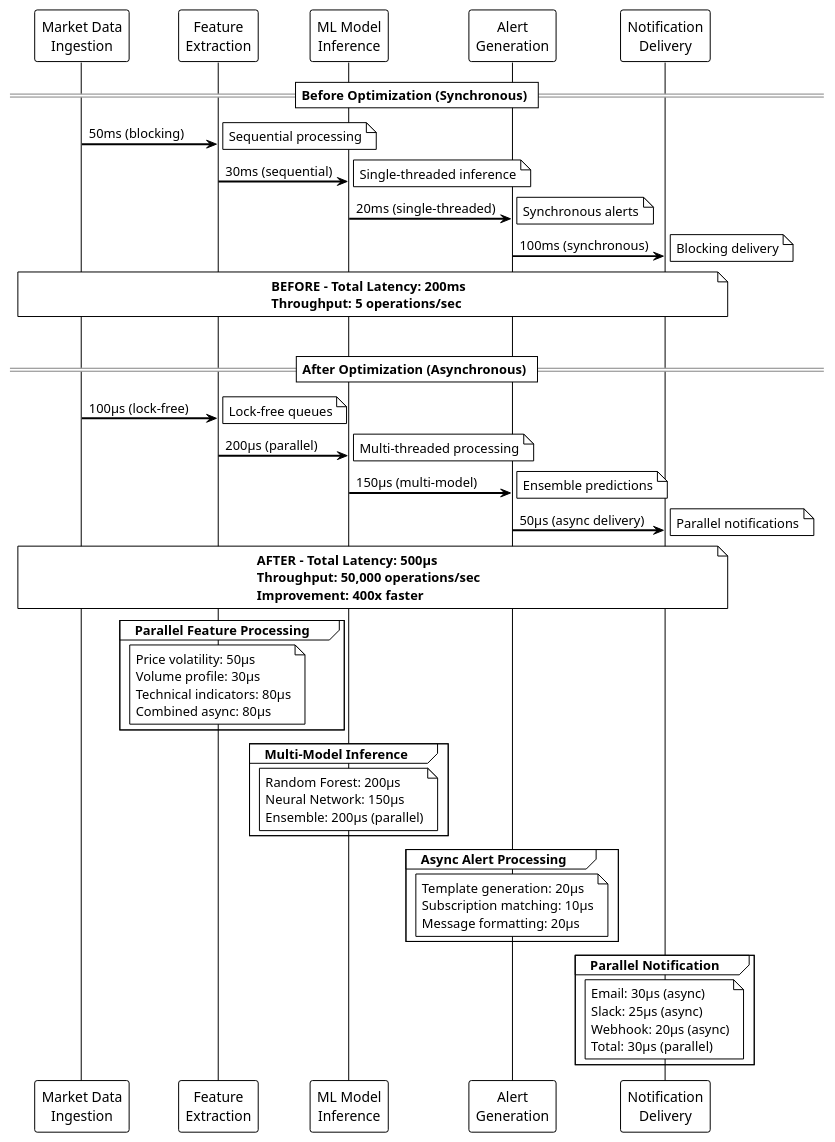
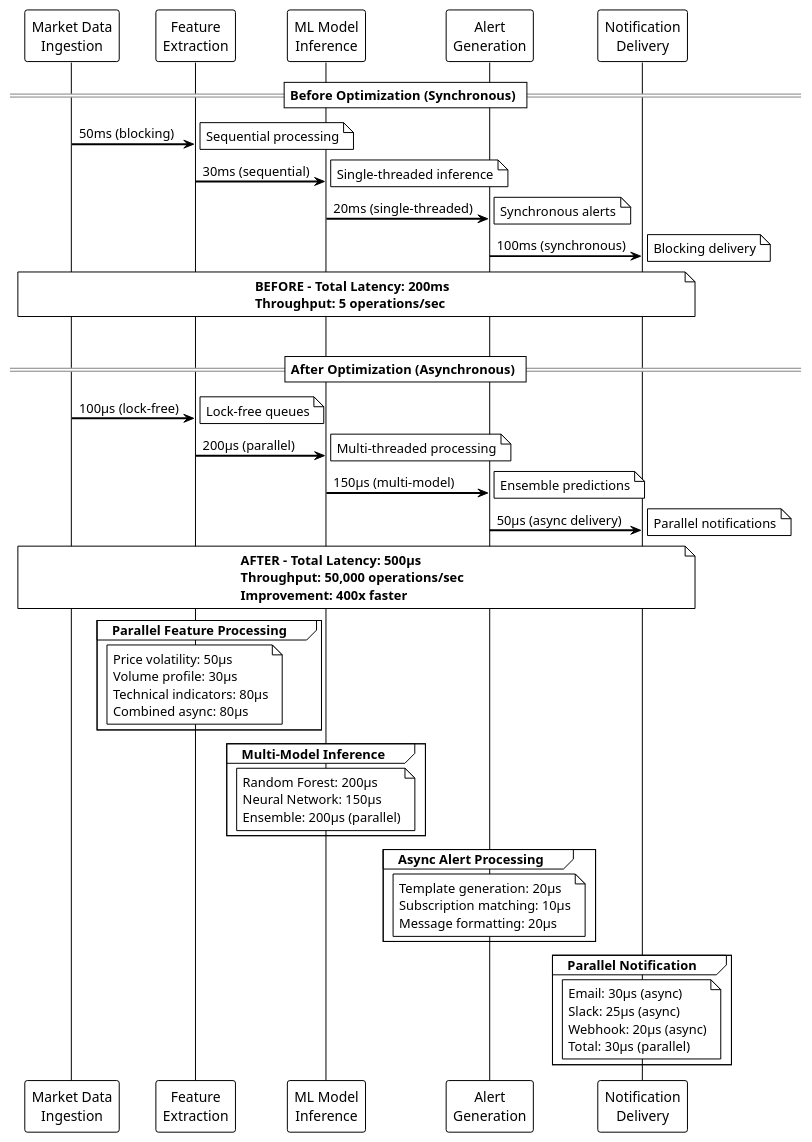
Before and after one commit to samadeep/samadeep.github.io: the ninth of 10 diagrams in src/content/posts/2025-01-27-building-production-ready-async-cpp-hft-depeg-engine.md, drawn with PlantUML. The commit also changed 36 other files, not shown here.

````diff
--- a/src/content/posts/2025-01-27-building-production-ready-async-cpp-hft-depeg-engine.md
+++ b/src/content/posts/2025-01-27-building-production-ready-async-cpp-hft-depeg-engine.md
@@ -1532,81 +1532,80 @@
 ```plantuml
 @startuml PerformanceOptimizationTimeline
 !theme plain
-skinparam participantPadding 20
 skinparam sequenceArrowThickness 2
 
 participant "Market Data\nIngestion" as MDI
 participant "Feature\nExtraction" as FE
 participant "ML Model\nInference" as MLI
 participant "Alert\nGeneration" as AG
 participant "Notification\nDelivery" as ND
 
 == Before Optimization (Synchronous) ==
 MDI -> FE: 50ms (blocking)
 note right: Sequential processing
 FE -> MLI: 30ms (sequential)
 note right: Single-threaded inference
 MLI -> AG: 20ms (single-threaded)
 note right: Synchronous alerts
 AG -> ND: 100ms (synchronous)
 note right: Blocking delivery
 
 note over MDI, ND
   **BEFORE - Total Latency: 200ms**
   **Throughput: 5 operations/sec**
 end note
 
 |||
 
 == After Optimization (Asynchronous) ==
 MDI -> FE: 100μs (lock-free)
 note right: Lock-free queues
 FE -> MLI: 200μs (parallel)
 note right: Multi-threaded processing
 MLI -> AG: 150μs (multi-model)
 note right: Ensemble predictions
 AG -> ND: 50μs (async delivery)
 note right: Parallel notifications
 
 note over MDI, ND
   **AFTER - Total Latency: 500μs**
   **Throughput: 50,000 operations/sec**
   **Improvement: 400x faster**
 end note
 
 group Parallel Feature Processing
   note over FE
     Price volatility: 50μs
     Volume profile: 30μs  
     Technical indicators: 80μs
     Combined async: 80μs
   end note
 end
 
 group Multi-Model Inference
   note over MLI
     Random Forest: 200μs
     Neural Network: 150μs
     Ensemble: 200μs (parallel)
   end note
 end
 
 group Async Alert Processing
   note over AG
     Template generation: 20μs
     Subscription matching: 10μs
     Message formatting: 20μs
   end note
 end
 
 group Parallel Notification
   note over ND
     Email: 30μs (async)
     Slack: 25μs (async)
     Webhook: 20μs (async)
     Total: 30μs (parallel)
   end note
 end
 
 @enduml
 ```
````
